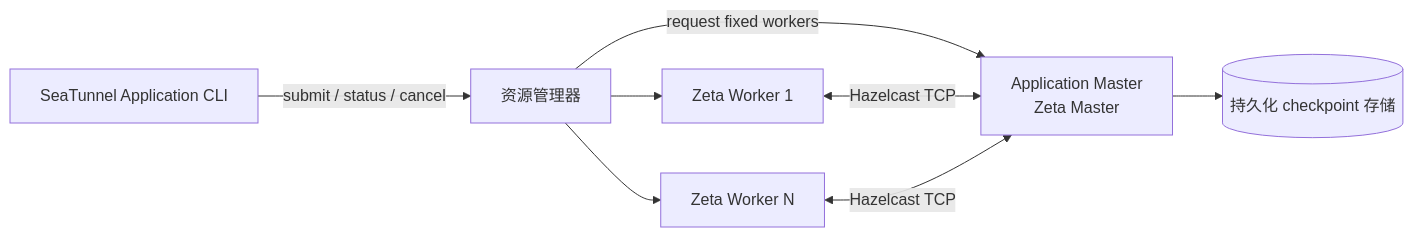
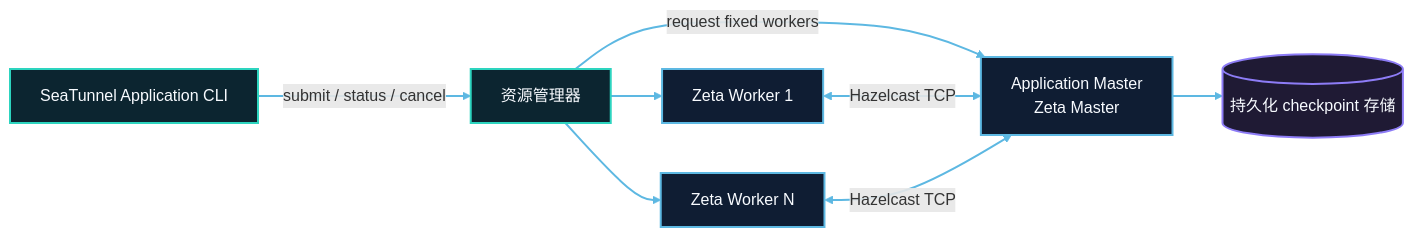
The diagram in docs/zh/getting-started/application/architecture.md (apache/seatunnel), drawn with Mermaid before and after one commit. The commit also changed 1 other file, not shown here.

Commit message:
[Docs][Zeta] Match the application mode topology diagram style to the Kubernetes guide

````diff
--- a/docs/zh/getting-started/application/architecture.md
+++ b/docs/zh/getting-started/application/architecture.md
@@ -14,10 +14,18 @@
 ```mermaid
 flowchart LR
     cli["SeaTunnel Application CLI"] -->|submit / status / cancel| manager["资源管理器"]
     manager -->|request fixed workers| master["Application Master<br/>Zeta Master"]
     manager --> worker1["Zeta Worker 1"]
     manager --> workerN["Zeta Worker N"]
     worker1 <-->|Hazelcast TCP| master
     workerN <-->|Hazelcast TCP| master
     master --> storage[("持久化 checkpoint 存储")]
+
+    classDef layerCyan fill:#0c2530,stroke:#2dd4bf,stroke-width:2px,color:#f8fbff;
+    classDef layerBlue fill:#0f1d33,stroke:#5db8e2,stroke-width:2px,color:#f8fbff;
+    classDef layerPurple fill:#1f1a34,stroke:#8d7cf6,stroke-width:2px,color:#f8fbff;
+    class cli,manager layerCyan;
+    class master,worker1,workerN layerBlue;
+    class storage layerPurple;
+    linkStyle default stroke:#5db8e2,stroke-width:2px;
 ```
````
